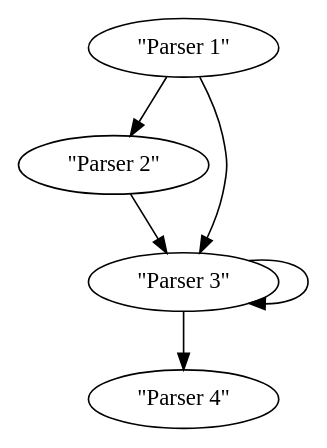
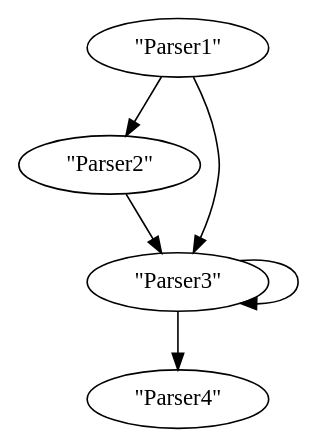
The diagram in graph.dot (saschagrunert/peel), drawn with Graphviz before and after one commit. The commit also changed 9 other files, not shown here.

```diff
--- a/graph.dot
+++ b/graph.dot
@@ -1,11 +1,11 @@
 digraph {
-    0 [label="\"Parser 1\""]
-    1 [label="\"Parser 2\""]
-    2 [label="\"Parser 3\""]
-    3 [label="\"Parser 4\""]
+    0 [label="\"Parser1\""]
+    1 [label="\"Parser2\""]
+    2 [label="\"Parser3\""]
+    3 [label="\"Parser4\""]
     0 -> 1
     0 -> 2
     1 -> 2
     2 -> 2
     2 -> 3
 }
```
